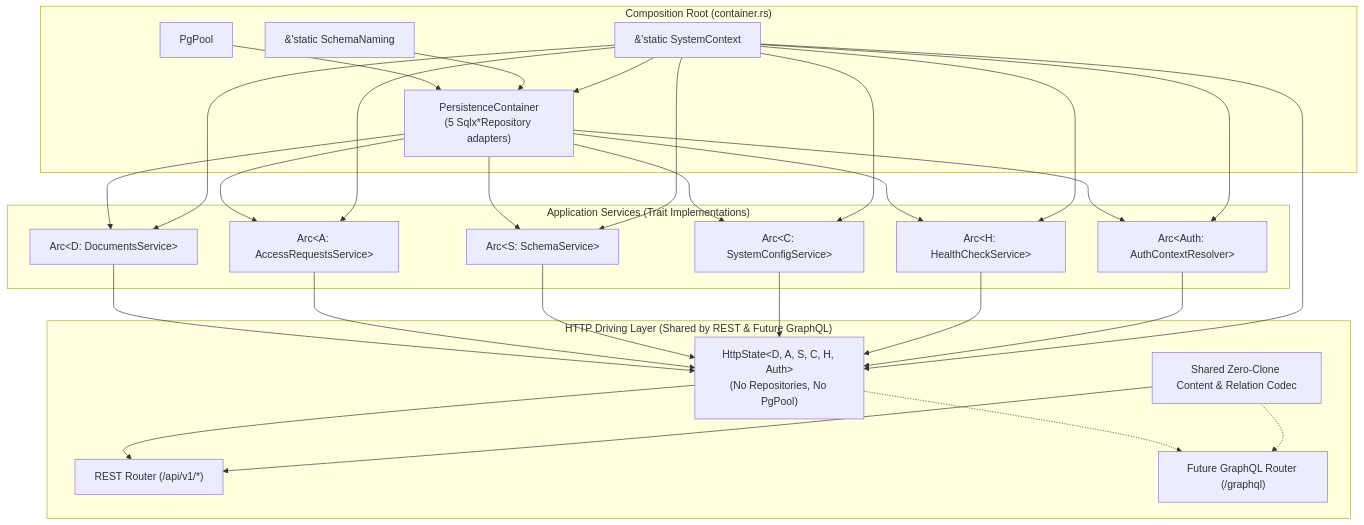
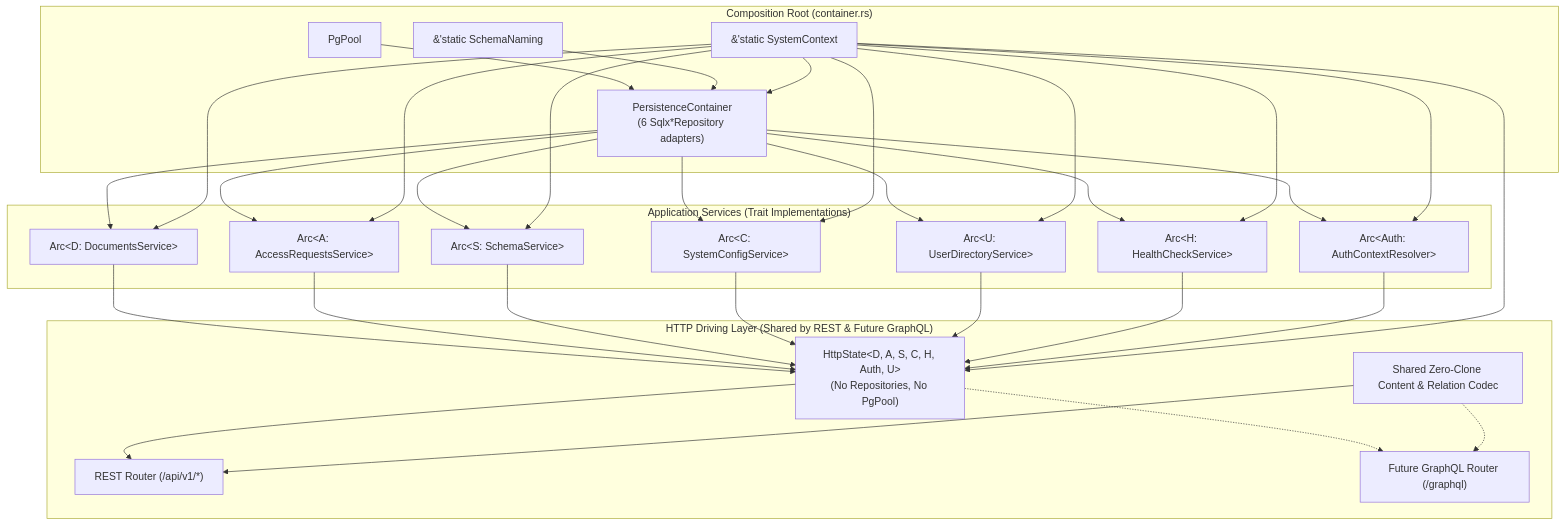
One commit to luminair-cms/luminair-system changed the diagram in docs/infrastructure/api-and-auth.md. Above: the diagram before and after it, drawn with Mermaid. The commit also changed other lines of this file and 3 other files, not shown here.

First line of the commit message:
docs(infrastructure): harmonize architecture docs with ADR-005 and ADR-006

````diff
--- a/docs/infrastructure/api-and-auth.md
+++ b/docs/infrastructure/api-and-auth.md
@@ -19,34 +19,35 @@
 ```mermaid
 flowchart TD
     subgraph CompositionRoot["Composition Root (container.rs)"]
         POOL["PgPool"]
         NAMING["&'static SchemaNaming"]
         CTX["&'static SystemContext"]
-        REPOS["PersistenceContainer<br/>(5 Sqlx*Repository adapters)"]
+        REPOS["PersistenceContainer<br/>(6 Sqlx*Repository adapters)"]
         POOL & NAMING & CTX --> REPOS
     end
 
     subgraph AppLayer["Application Services (Trait Implementations)"]
         DOC_SVC["Arc&lt;D: DocumentsService&gt;"]
         AR_SVC["Arc&lt;A: AccessRequestsService&gt;"]
         SCH_SVC["Arc&lt;S: SchemaService&gt;"]
         CFG_SVC["Arc&lt;C: SystemConfigService&gt;"]
+        USR_SVC["Arc&lt;U: UserDirectoryService&gt;"]
         HLTH["Arc&lt;H: HealthCheckService&gt;"]
         AUTH["Arc&lt;Auth: AuthContextResolver&gt;"]
     end
 
-    REPOS & CTX --> DOC_SVC & AR_SVC & SCH_SVC & CFG_SVC & HLTH & AUTH
+    REPOS & CTX --> DOC_SVC & AR_SVC & SCH_SVC & CFG_SVC & USR_SVC & HLTH & AUTH
 
     subgraph DrivingLayer["HTTP Driving Layer (Shared by REST & Future GraphQL)"]
-        STATE["HttpState&lt;D, A, S, C, H, Auth&gt;<br/>(No Repositories, No PgPool)"]
+        STATE["HttpState&lt;D, A, S, C, H, Auth, U&gt;<br/>(No Repositories, No PgPool)"]
         REST["REST Router (/api/v1/*)"]
         GQL["Future GraphQL Router (/graphql)"]
         CODEC["Shared Zero-Clone Content & Relation Codec"]
     end
 
-    DOC_SVC & AR_SVC & SCH_SVC & CFG_SVC & HLTH & AUTH & CTX --> STATE
+    DOC_SVC & AR_SVC & SCH_SVC & CFG_SVC & USR_SVC & HLTH & AUTH & CTX --> STATE
     STATE --> REST
     STATE -.-> GQL
     CODEC --> REST
     CODEC -.-> GQL
 ```
````
